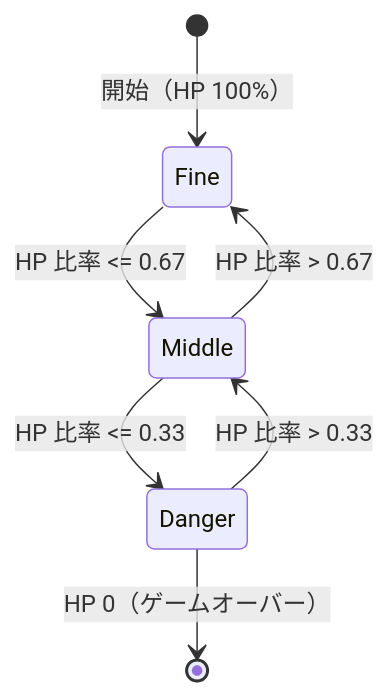
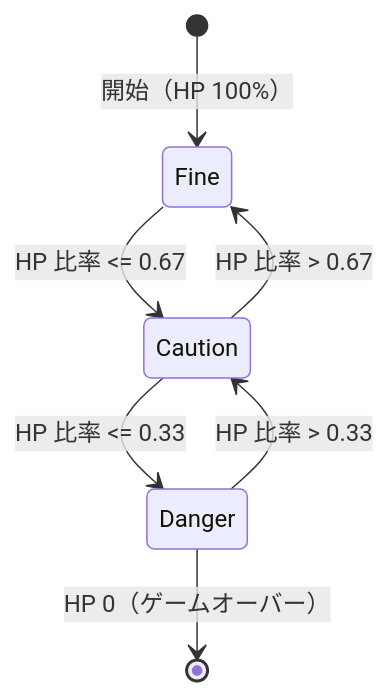
One commit to fuddt/Cplus changed the second of 4 diagrams in CsharpVer/chapter-00-goal.md. Above: the diagram before and after it, drawn with Mermaid. The commit also changed other lines of this file and 15 other files, not shown here.

````diff
--- a/CsharpVer/chapter-00-goal.md
+++ b/CsharpVer/chapter-00-goal.md
@@ -33,12 +33,12 @@
 ```mermaid
 stateDiagram-v2
     [*] --> Fine : 開始（HP 100%）
 
-    Fine --> Middle : HP 比率 <= 0.67
-    Middle --> Fine : HP 比率 > 0.67
+    Fine --> Caution : HP 比率 <= 0.67
+    Caution --> Fine : HP 比率 > 0.67
 
-    Middle --> Danger : HP 比率 <= 0.33
-    Danger --> Middle : HP 比率 > 0.33
+    Caution --> Danger : HP 比率 <= 0.33
+    Danger --> Caution : HP 比率 > 0.33
 
     Danger --> [*] : HP 0（ゲームオーバー）
 ```
````
